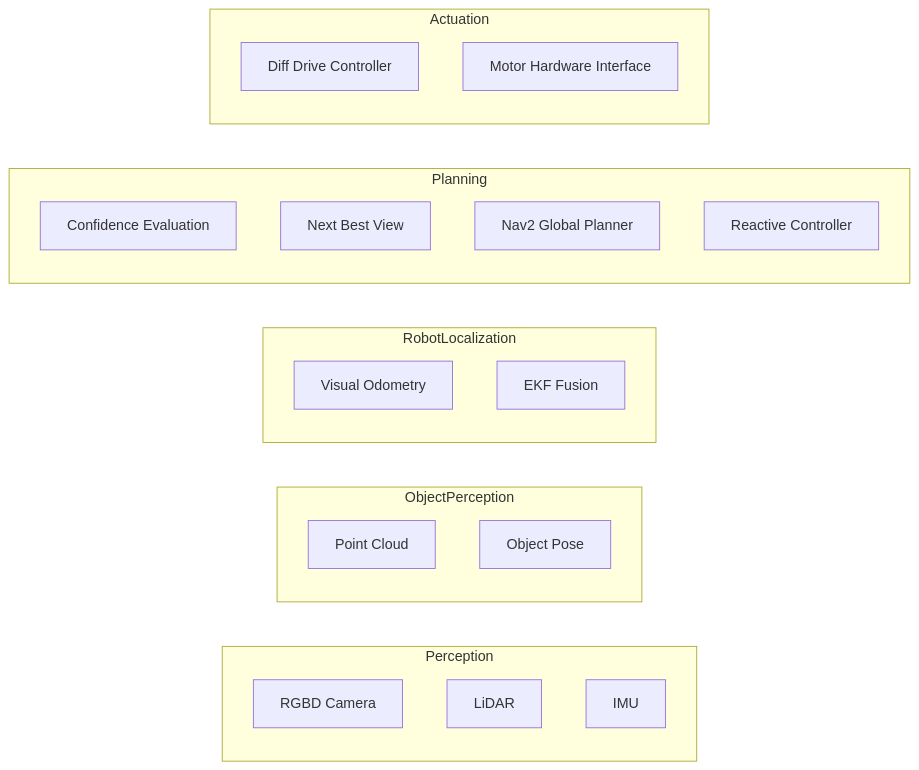
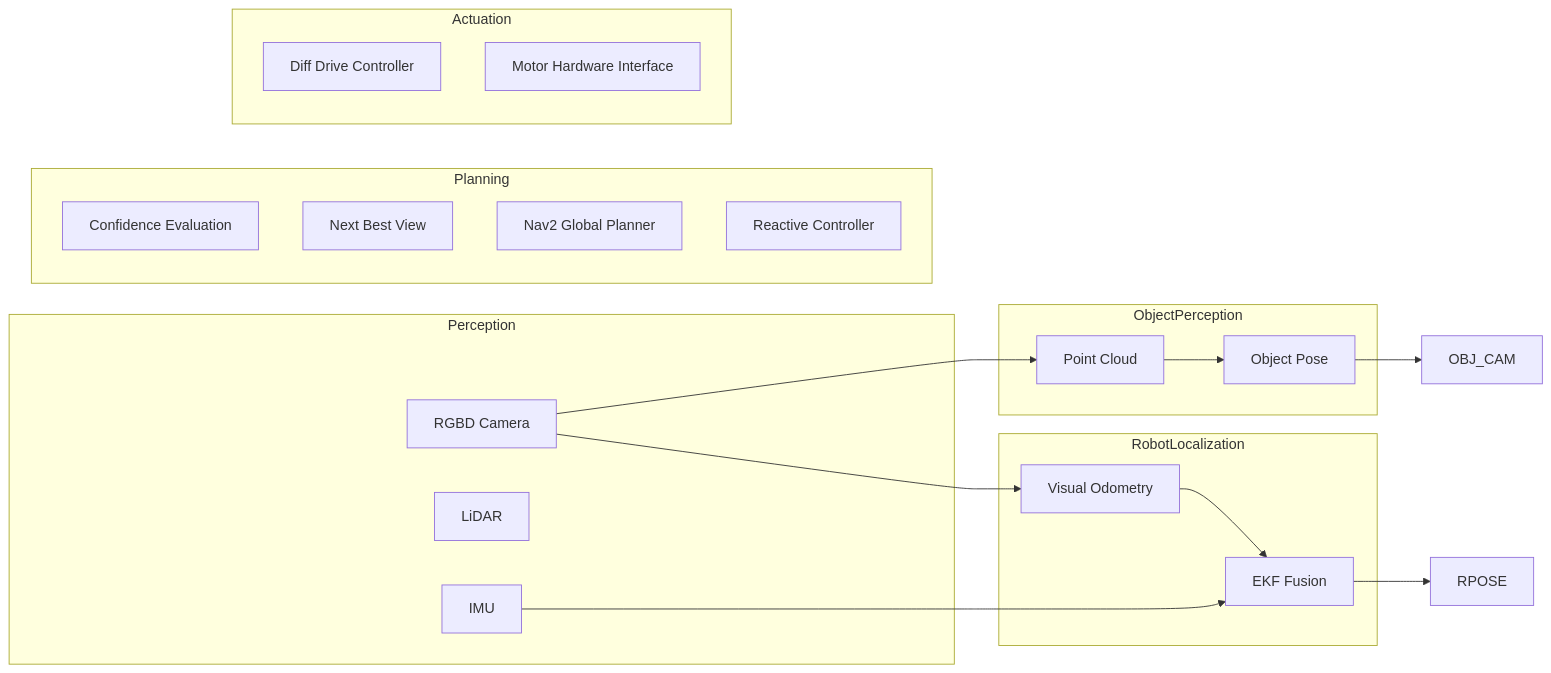
One commit to SeasonedLeo/RAS_Mobile_Robotics_Vision changed the diagram in project/report1.md. Above: the diagram before and after it, drawn with Mermaid.

Commit message:
added perception arrows

````diff
--- a/project/report1.md
+++ b/project/report1.md
@@ -90,31 +90,42 @@
 ```mermaid
 flowchart LR
 
   subgraph Perception
     RGBD[RGBD Camera]
     LIDAR[LiDAR]
     IMU[IMU]
   end
 
   subgraph ObjectPerception
     PCP[Point Cloud]
     OPE[Object Pose]
   end
 
   subgraph RobotLocalization
     VO[Visual Odometry]
     EKF[EKF Fusion]
   end
   subgraph Planning
     CONF[Confidence Evaluation]
     NBV[Next Best View]
     NAV2[Nav2 Global Planner]
     RC[Reactive Controller]
   end
 
   subgraph Actuation
     DDC[Diff Drive Controller]
     MHI[Motor Hardware Interface]
   end
 
+  %% Perception → Object perception
+  RGBD --> PCP
+  PCP --> OPE
+  OPE --> OBJ_CAM
+
+  %% Perception → Localization
+  RGBD --> VO
+  IMU --> EKF
+  VO --> EKF
+  EKF --> RPOSE
+
 ```
````
